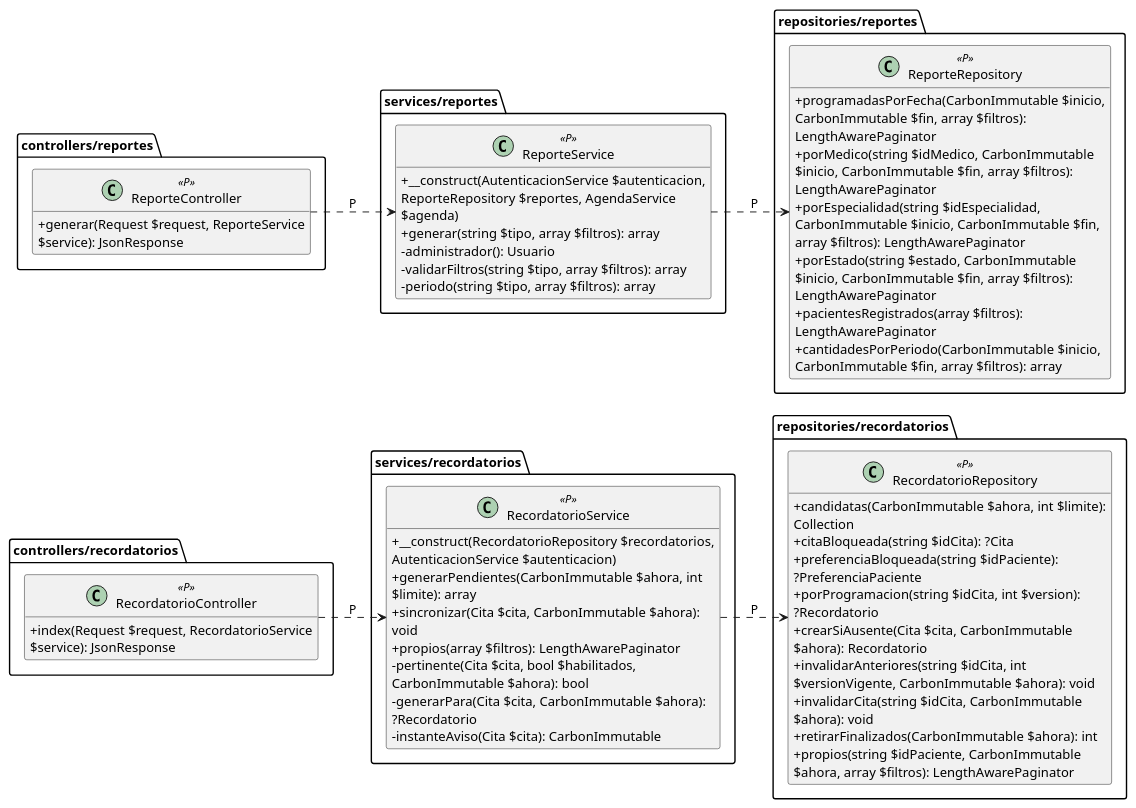
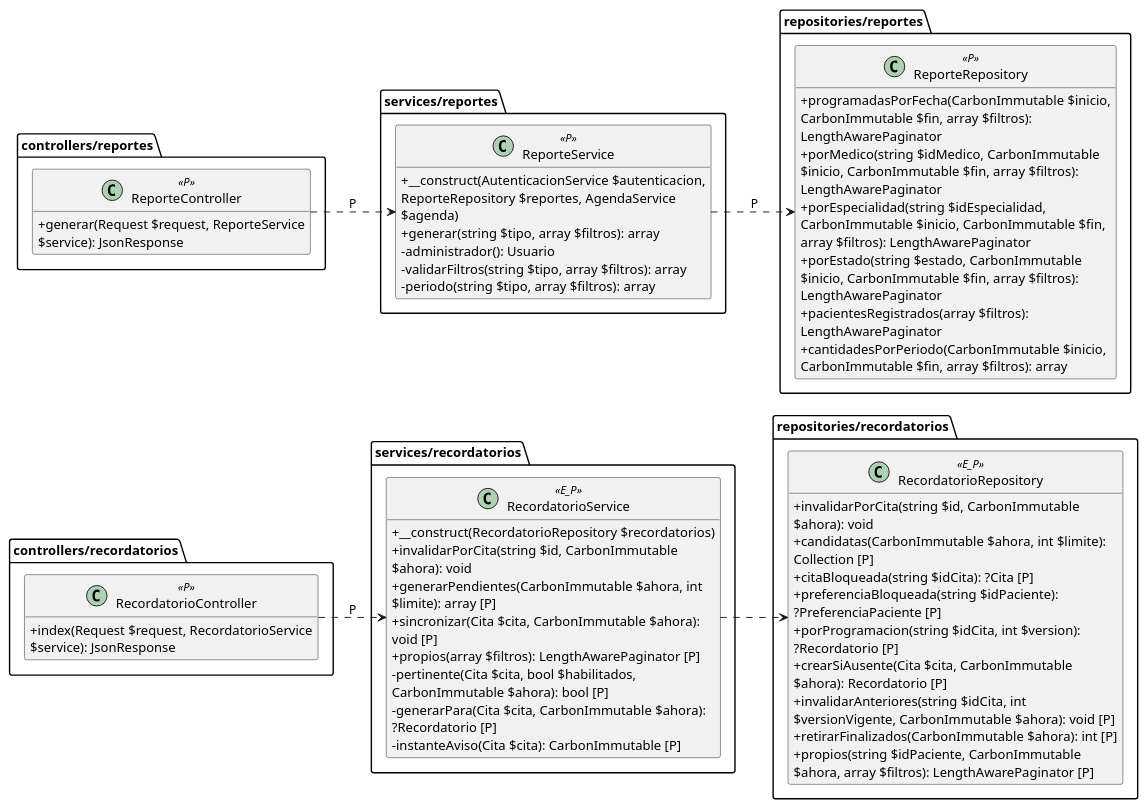
Diagram 11 of 19 in docs/ai/diagrama-clases.md (CreepyBowDev/clinica-vida-salud), drawn with PlantUML before and after one commit. The commit also changed other lines of this file and 30 other files, not shown here.

````diff
--- a/docs/ai/diagrama-clases.md
+++ b/docs/ai/diagrama-clases.md
@@ -3141,65 +3173,66 @@
 ```plantuml
 @startuml CVS_recordatorios_reportes
 skinparam classAttributeIconSize 0
 skinparam wrapWidth 350
 left to right direction
 hide empty attributes
 package "controllers/recordatorios" {
 class RecordatorioController <<P>> {
   + index(Request $request, RecordatorioService $service): JsonResponse
 }
 }
 package "services/recordatorios" {
-class RecordatorioService <<P>> {
-  + __construct(RecordatorioRepository $recordatorios, AutenticacionService $autenticacion)
-  + generarPendientes(CarbonImmutable $ahora, int $limite): array
-  + sincronizar(Cita $cita, CarbonImmutable $ahora): void
-  + propios(array $filtros): LengthAwarePaginator
-  - pertinente(Cita $cita, bool $habilitados, CarbonImmutable $ahora): bool
-  - generarPara(Cita $cita, CarbonImmutable $ahora): ?Recordatorio
-  - instanteAviso(Cita $cita): CarbonImmutable
+class RecordatorioService <<E_P>> {
+  + __construct(RecordatorioRepository $recordatorios)
+  + invalidarPorCita(string $id, CarbonImmutable $ahora): void
+  + generarPendientes(CarbonImmutable $ahora, int $limite): array [P]
+  + sincronizar(Cita $cita, CarbonImmutable $ahora): void [P]
+  + propios(array $filtros): LengthAwarePaginator [P]
+  - pertinente(Cita $cita, bool $habilitados, CarbonImmutable $ahora): bool [P]
+  - generarPara(Cita $cita, CarbonImmutable $ahora): ?Recordatorio [P]
+  - instanteAviso(Cita $cita): CarbonImmutable [P]
 }
 }
 package "repositories/recordatorios" {
-class RecordatorioRepository <<P>> {
-  + candidatas(CarbonImmutable $ahora, int $limite): Collection
-  + citaBloqueada(string $idCita): ?Cita
-  + preferenciaBloqueada(string $idPaciente): ?PreferenciaPaciente
-  + porProgramacion(string $idCita, int $version): ?Recordatorio
-  + crearSiAusente(Cita $cita, CarbonImmutable $ahora): Recordatorio
-  + invalidarAnteriores(string $idCita, int $versionVigente, CarbonImmutable $ahora): void
-  + invalidarCita(string $idCita, CarbonImmutable $ahora): void
-  + retirarFinalizados(CarbonImmutable $ahora): int
-  + propios(string $idPaciente, CarbonImmutable $ahora, array $filtros): LengthAwarePaginator
+class RecordatorioRepository <<E_P>> {
+  + invalidarPorCita(string $id, CarbonImmutable $ahora): void
+  + candidatas(CarbonImmutable $ahora, int $limite): Collection [P]
+  + citaBloqueada(string $idCita): ?Cita [P]
+  + preferenciaBloqueada(string $idPaciente): ?PreferenciaPaciente [P]
+  + porProgramacion(string $idCita, int $version): ?Recordatorio [P]
+  + crearSiAusente(Cita $cita, CarbonImmutable $ahora): Recordatorio [P]
+  + invalidarAnteriores(string $idCita, int $versionVigente, CarbonImmutable $ahora): void [P]
+  + retirarFinalizados(CarbonImmutable $ahora): int [P]
+  + propios(string $idPaciente, CarbonImmutable $ahora, array $filtros): LengthAwarePaginator [P]
 }
 }
 package "controllers/reportes" {
 class ReporteController <<P>> {
   + generar(Request $request, ReporteService $service): JsonResponse
 }
 }
 package "services/reportes" {
 class ReporteService <<P>> {
   + __construct(AutenticacionService $autenticacion, ReporteRepository $reportes, AgendaService $agenda)
   + generar(string $tipo, array $filtros): array
   - administrador(): Usuario
   - validarFiltros(string $tipo, array $filtros): array
   - periodo(string $tipo, array $filtros): array
 }
 }
 package "repositories/reportes" {
 class ReporteRepository <<P>> {
   + programadasPorFecha(CarbonImmutable $inicio, CarbonImmutable $fin, array $filtros): LengthAwarePaginator
   + porMedico(string $idMedico, CarbonImmutable $inicio, CarbonImmutable $fin, array $filtros): LengthAwarePaginator
   + porEspecialidad(string $idEspecialidad, CarbonImmutable $inicio, CarbonImmutable $fin, array $filtros): LengthAwarePaginator
   + porEstado(string $estado, CarbonImmutable $inicio, CarbonImmutable $fin, array $filtros): LengthAwarePaginator
   + pacientesRegistrados(array $filtros): LengthAwarePaginator
   + cantidadesPorPeriodo(CarbonImmutable $inicio, CarbonImmutable $fin, array $filtros): array
 }
 }
 RecordatorioController ..> RecordatorioService : P
-RecordatorioService ..> RecordatorioRepository : P
+RecordatorioService ..> RecordatorioRepository
 ReporteController ..> ReporteService : P
 ReporteService ..> ReporteRepository : P
 @enduml
 ```
````
